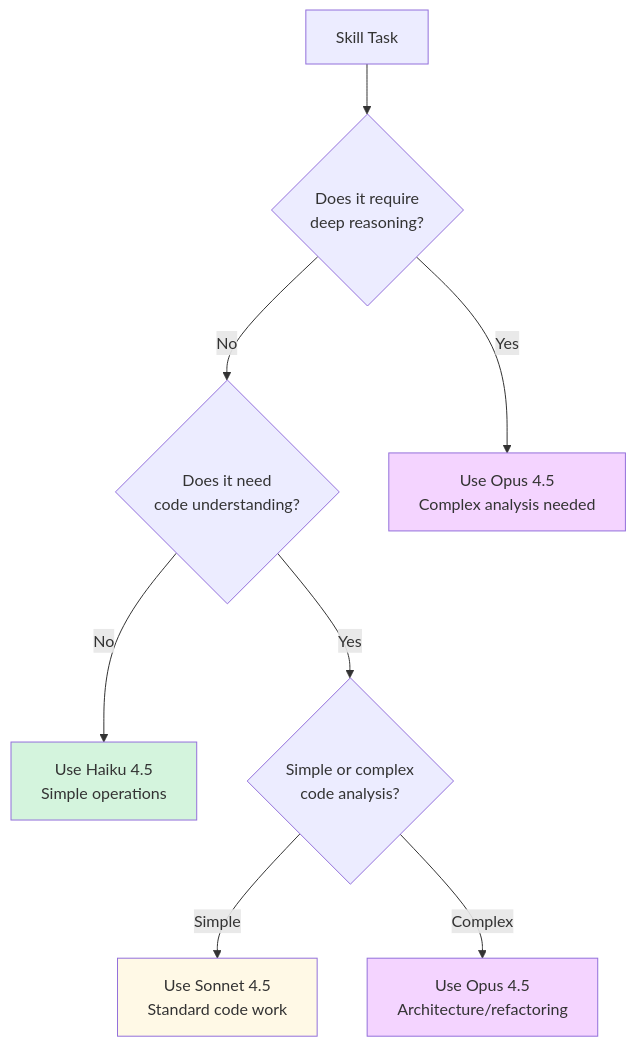
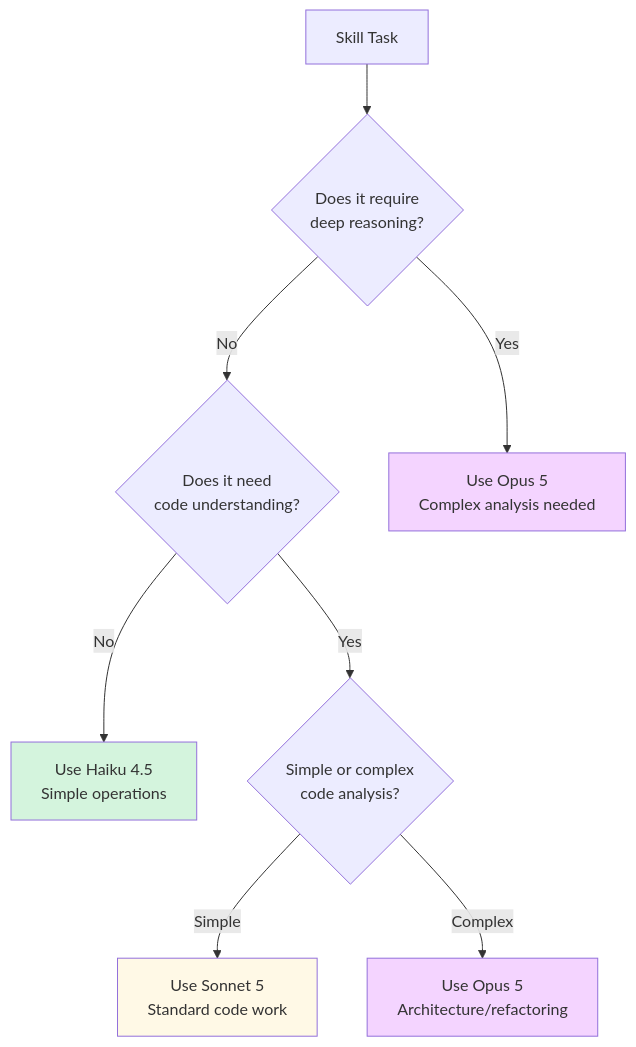
The diagram in guides/04-skills/4-model-assignment.md (sxntixgo/claudecode-documentation), drawn with Mermaid before and after one commit. The commit also changed other lines of this file and 24 other files, not shown here.

````diff
--- a/guides/04-skills/4-model-assignment.md
+++ b/guides/04-skills/4-model-assignment.md
@@ -67,20 +67,20 @@
 ```mermaid
 graph TD
     Skill["Skill Task"]
 
     Skill --> Q1{"Does it require<br/>deep reasoning?"}
 
     Q1 -->|No| Q2{"Does it need<br/>code understanding?"}
-    Q1 -->|Yes| UseOpus["Use Opus 4.5<br/>Complex analysis needed"]
+    Q1 -->|Yes| UseOpus["Use Opus 5<br/>Complex analysis needed"]
 
     Q2 -->|No| UseHaiku["Use Haiku 4.5<br/>Simple operations"]
     Q2 -->|Yes| Q3{"Simple or complex<br/>code analysis?"}
 
-    Q3 -->|Simple| UseSonnet1["Use Sonnet 4.5<br/>Standard code work"]
-    Q3 -->|Complex| UseOpus2["Use Opus 4.5<br/>Architecture/refactoring"]
+    Q3 -->|Simple| UseSonnet1["Use Sonnet 5<br/>Standard code work"]
+    Q3 -->|Complex| UseOpus2["Use Opus 5<br/>Architecture/refactoring"]
 
     style UseHaiku fill:#d4f4dd
     style UseSonnet1 fill:#fff9e6
     style UseOpus fill:#f4d4ff
     style UseOpus2 fill:#f4d4ff
 ```
````
